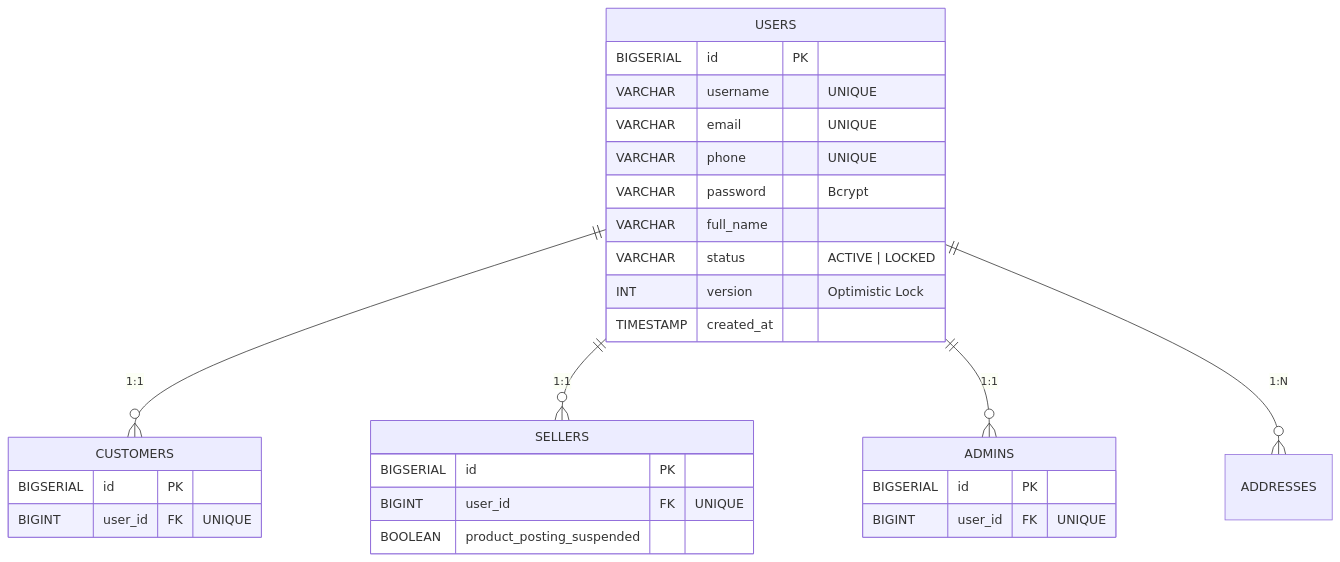
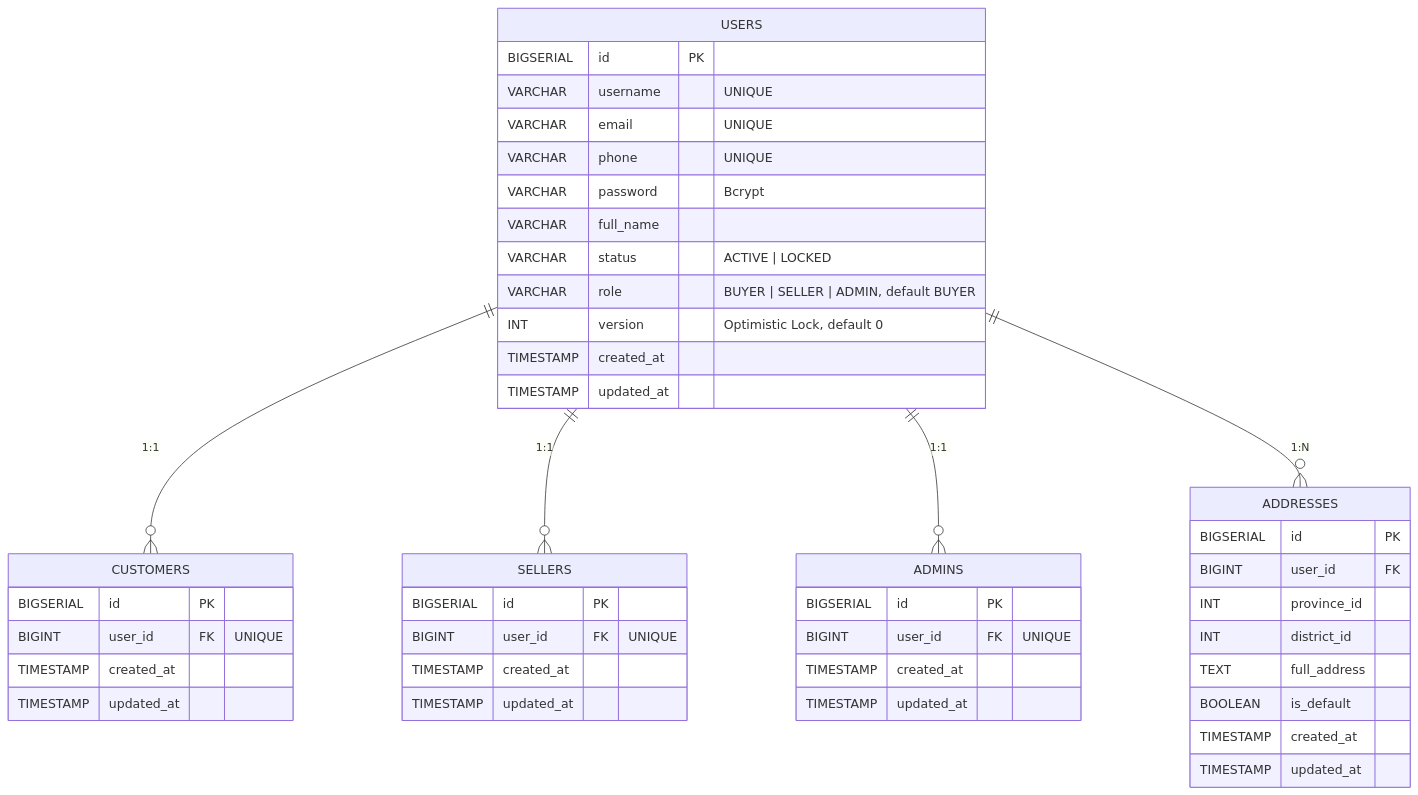
The first of 10 diagrams in docs/architecture/diagrams/01_erd_compact.md (ldqanh1408/stealing-from-paradise), drawn with Mermaid before and after one commit. The commit also changed other lines of this file and 21 other files, not shown here.

````diff
--- a/docs/architecture/diagrams/01_erd_compact.md
+++ b/docs/architecture/diagrams/01_erd_compact.md
@@ -10,36 +10,53 @@
 ```mermaid
 erDiagram
     USERS ||--o{ CUSTOMERS : "1:1"
     USERS ||--o{ SELLERS : "1:1"
     USERS ||--o{ ADMINS : "1:1"
     USERS ||--o{ ADDRESSES : "1:N"
 
     USERS {
         BIGSERIAL id PK
         VARCHAR username "UNIQUE"
         VARCHAR email "UNIQUE"
         VARCHAR phone "UNIQUE"
         VARCHAR password "Bcrypt"
         VARCHAR full_name
         VARCHAR status "ACTIVE | LOCKED"
-        INT version "Optimistic Lock"
+        VARCHAR role "BUYER | SELLER | ADMIN, default BUYER"
+        INT version "Optimistic Lock, default 0"
         TIMESTAMP created_at
+        TIMESTAMP updated_at
     }
 
     CUSTOMERS {
         BIGSERIAL id PK
         BIGINT user_id FK "UNIQUE"
+        TIMESTAMP created_at
+        TIMESTAMP updated_at
     }
 
     SELLERS {
         BIGSERIAL id PK
         BIGINT user_id FK "UNIQUE"
-        BOOLEAN product_posting_suspended
+        TIMESTAMP created_at
+        TIMESTAMP updated_at
     }
 
     ADMINS {
         BIGSERIAL id PK
         BIGINT user_id FK "UNIQUE"
+        TIMESTAMP created_at
+        TIMESTAMP updated_at
     }
 
+    ADDRESSES {
+        BIGSERIAL id PK
+        BIGINT user_id FK
+        INT province_id
+        INT district_id
+        TEXT full_address
+        BOOLEAN is_default
+        TIMESTAMP created_at
+        TIMESTAMP updated_at
+    }
 ```
````
